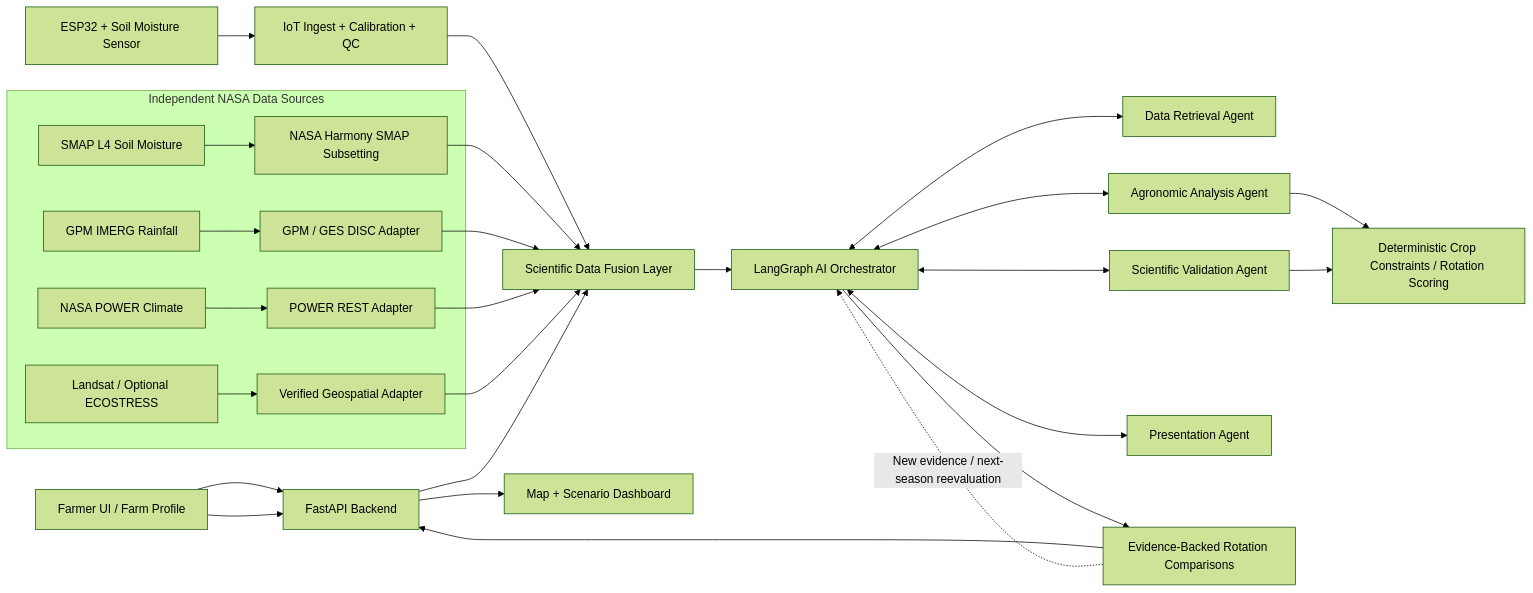
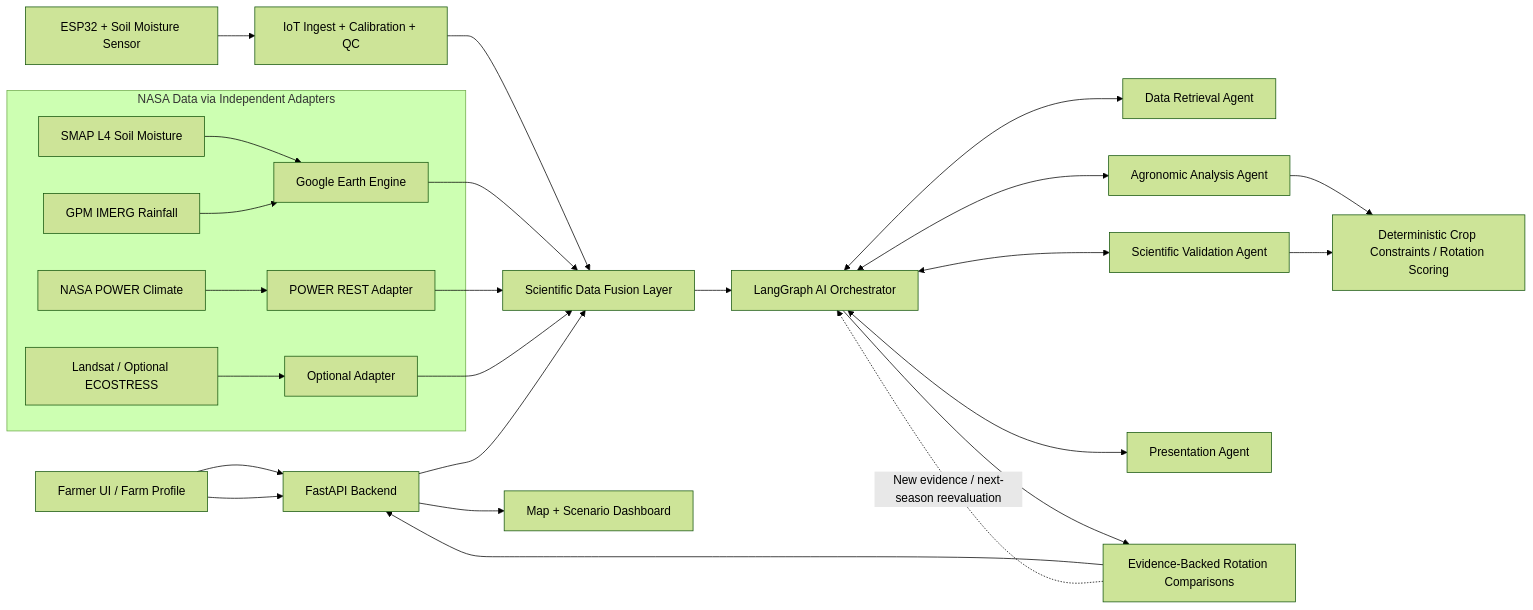
Before and after one commit to zoubaax/Nasa-space-apps: the first of 2 diagrams in docs/FieldShift_AI_Master_Context.md, drawn with Mermaid (forest theme). The commit also changed other lines of this file, not shown here.

Commit message:
docs: update FieldShift AI Master Context with Google Earth Engine integration and document date change

````diff
--- a/docs/FieldShift_AI_Master_Context.md
+++ b/docs/FieldShift_AI_Master_Context.md
@@ -112,29 +113,28 @@
 ```mermaid
 flowchart LR
     U[Farmer UI / Farm Profile] --> API[FastAPI Backend]
     S[ESP32 + Soil Moisture Sensor] --> IOT[IoT Ingest + Calibration + QC]
     IOT --> FUSE[Scientific Data Fusion Layer]
-    subgraph NASA[Independent NASA Data Sources]
-      SMAP[SMAP L4 Soil Moisture] --> H[NASA Harmony SMAP Subsetting]
-      GPM[GPM IMERG Rainfall] --> GP[GPM / GES DISC Adapter]
+    subgraph NASA[NASA Data via Independent Adapters]
+      SMAP[SMAP L4 Soil Moisture] --> GEE[Google Earth Engine]
+      GPM[GPM IMERG Rainfall] --> GEE
       PWR[NASA POWER Climate] --> PA[POWER REST Adapter]
-      LAN[Landsat / Optional ECOSTRESS] --> LA[Verified Geospatial Adapter]
+      LAN[Landsat / Optional ECOSTRESS] --> LA[Optional Adapter]
     end
-    H --> FUSE
-    GP --> FUSE
+    GEE --> FUSE
     PA --> FUSE
     LA --> FUSE
     U --> API
     API --> FUSE
     FUSE --> O[LangGraph AI Orchestrator]
     O <--> DA[Data Retrieval Agent]
     O <--> AA[Agronomic Analysis Agent]
     O <--> VA[Scientific Validation Agent]
     O <--> PR[Presentation Agent]
     AA --> SCI[Deterministic Crop Constraints / Rotation Scoring]
     VA --> SCI
     O --> RES[Evidence-Backed Rotation Comparisons]
     RES --> API
     API --> DASH[Map + Scenario Dashboard]
     RES -. New evidence / next-season reevaluation .-> O
 ```
````
